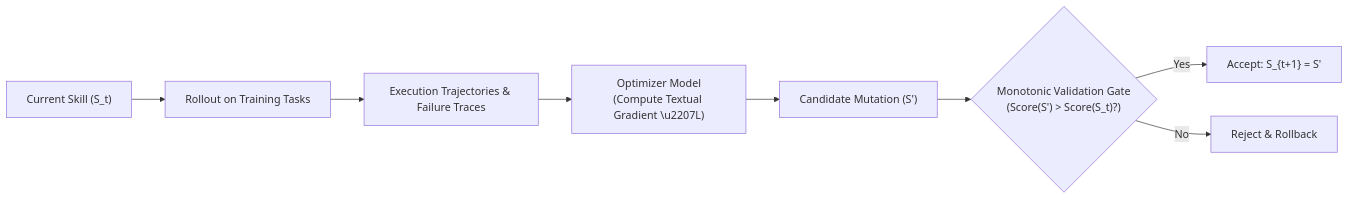
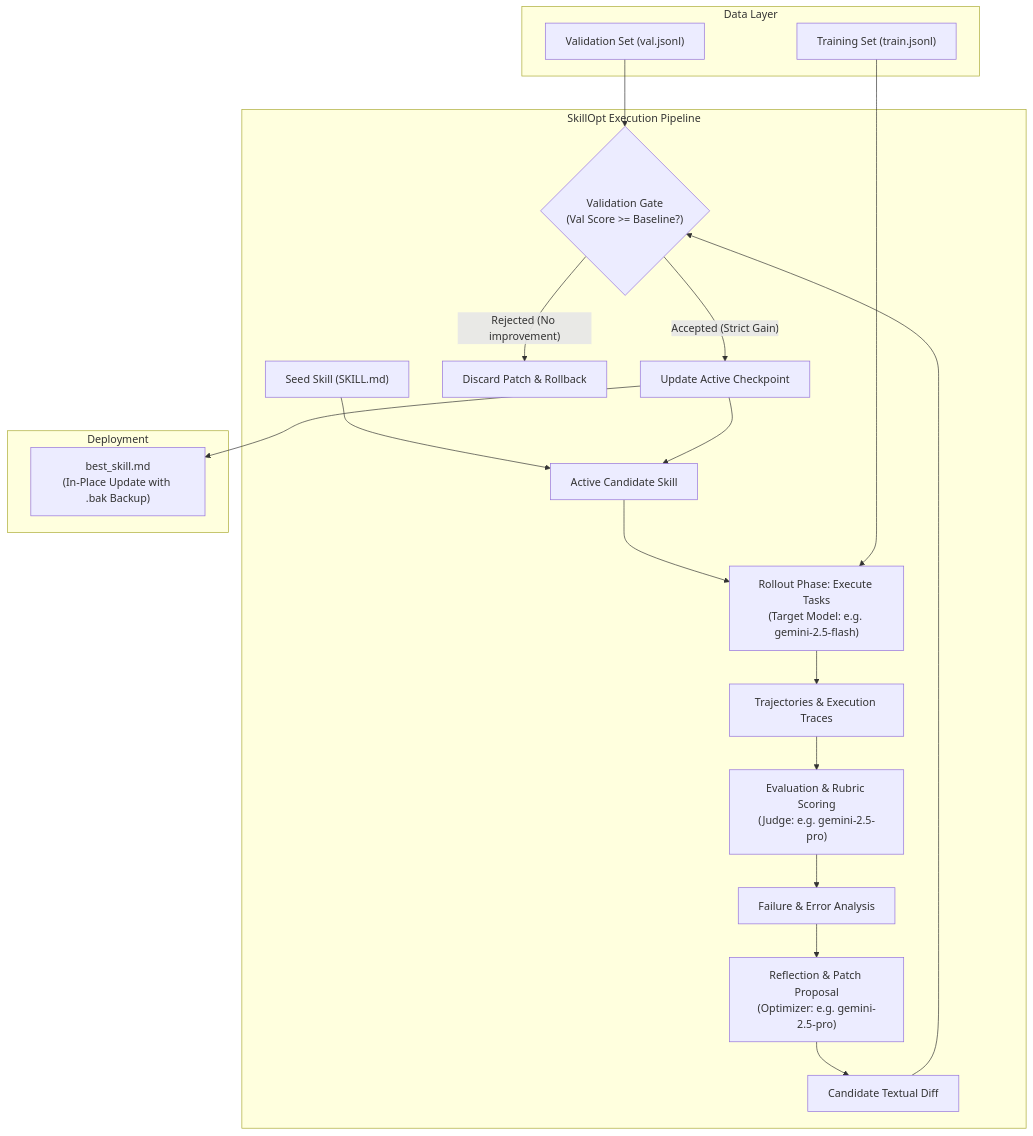
Before and after one commit to drinkspiller/skills: the first of 2 diagrams in skill-opt/README.md, drawn with Mermaid. The commit also changed other lines of this file, not shown here.

Commit message:
Update README.md with multi-layer architecture state diagram and new opening hook

````diff
--- a/skill-opt/README.md
+++ b/skill-opt/README.md
@@ -19,10 +19,27 @@
 ```mermaid
-flowchart LR
-    A["Current Skill (S_t)"] --> B["Rollout on Training Tasks"]
-    B --> C["Execution Trajectories & Failure Traces"]
-    C --> D["Optimizer Model\n(Compute Textual Gradient \u2207L)"]
-    D --> E["Candidate Mutation (S')"]
-    E --> F{"Monotonic Validation Gate\n(Score(S') > Score(S_t)?)"}
-    F -- "Yes" --> G["Accept: S_{t+1} = S'"]
-    F -- "No" --> H["Reject & Rollback"]
+flowchart TB
+    subgraph DataLayer["Data Layer"]
+        val["Validation Set (val.jsonl)"]
+        train["Training Set (train.jsonl)"]
+    end
+
+    subgraph Pipeline["SkillOpt Execution Pipeline"]
+        seed["Seed Skill (SKILL.md)"] --> active["Active Candidate Skill"]
+        active --> rollout["Rollout Phase: Execute Tasks\n(Target Model: e.g. gemini-2.5-flash)"]
+        train --> rollout
+        rollout --> traces["Trajectories & Execution Traces"]
+        traces --> judge["Evaluation & Rubric Scoring\n(Judge: e.g. gemini-2.5-pro)"]
+        judge --> analysis["Failure & Error Analysis"]
+        analysis --> reflect["Reflection & Patch Proposal\n(Optimizer: e.g. gemini-2.5-pro)"]
+        reflect --> diff["Candidate Textual Diff"]
+        diff --> gate{"Validation Gate\n(Val Score >= Baseline?)"}
+        val --> gate
+        gate -- "Rejected (No improvement)" --> rollback["Discard Patch & Rollback"]
+        gate -- "Accepted (Strict Gain)" --> checkpoint["Update Active Checkpoint"]
+        checkpoint --> active
+    end
+
+    subgraph Deployment["Deployment"]
+        checkpoint --> best["best_skill.md\n(In-Place Update with .bak Backup)"]
+    end
 ```
````
